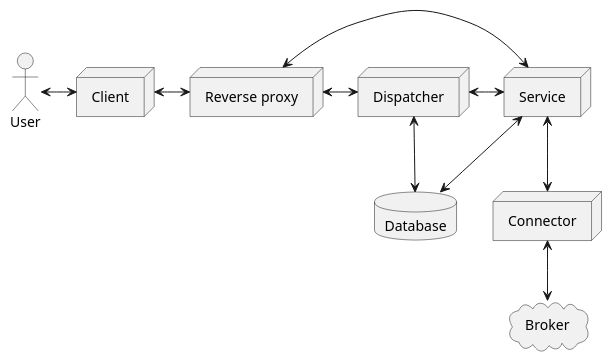
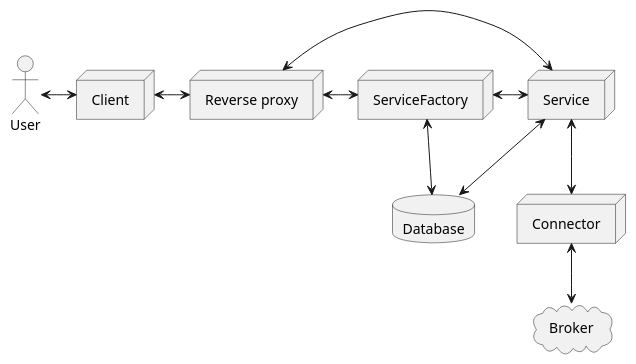
One commit to traderbook/documentation changed the first of 3 diagrams in dev-docs/specs/techniques/stdetaillees.adoc. Above: the diagram before and after it, drawn with PlantUML. The commit also changed other lines of this file and 3 other files, not shown here.

Commit message:
Updated to Service Factory

```diff
--- a/dev-docs/specs/techniques/stdetaillees.adoc
+++ b/dev-docs/specs/techniques/stdetaillees.adoc
@@ -35,22 +35,22 @@
 [plantuml, format="svg"]
 ....
 actor User
 
 node Client
 node "Reverse proxy" as reverseproxy
-node Dispatcher
+node ServiceFactory
 node Service
 node Connector
 database Database
 cloud Broker
 
 User <-right-> Client
 Client <-right-> reverseproxy
-reverseproxy <-right-> Dispatcher
-Dispatcher <-right-> Service
-Dispatcher <-right-> Database
+reverseproxy <-right-> ServiceFactory
+ServiceFactory <-right-> Service
+ServiceFactory <-right-> Database
 reverseproxy <-right-> Service
 Service <-down-> Database
 Service <-down-> Connector
 Connector <-down-> Broker
 ....
```
